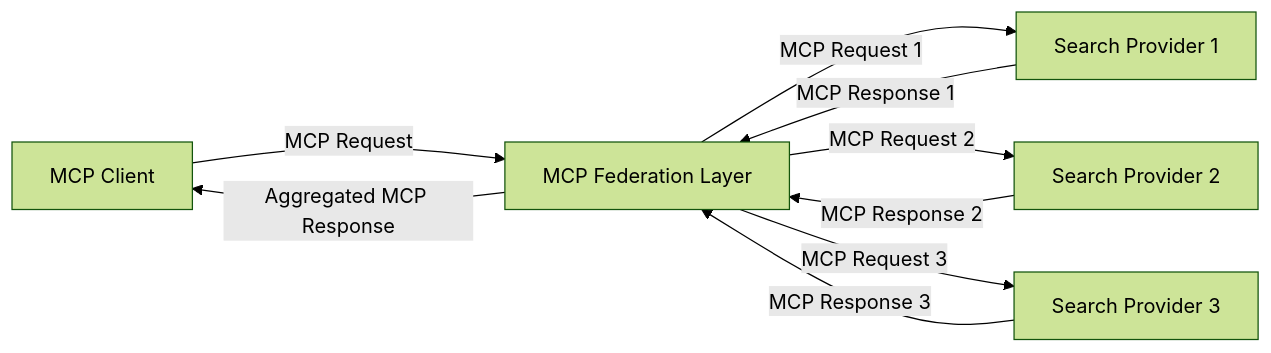
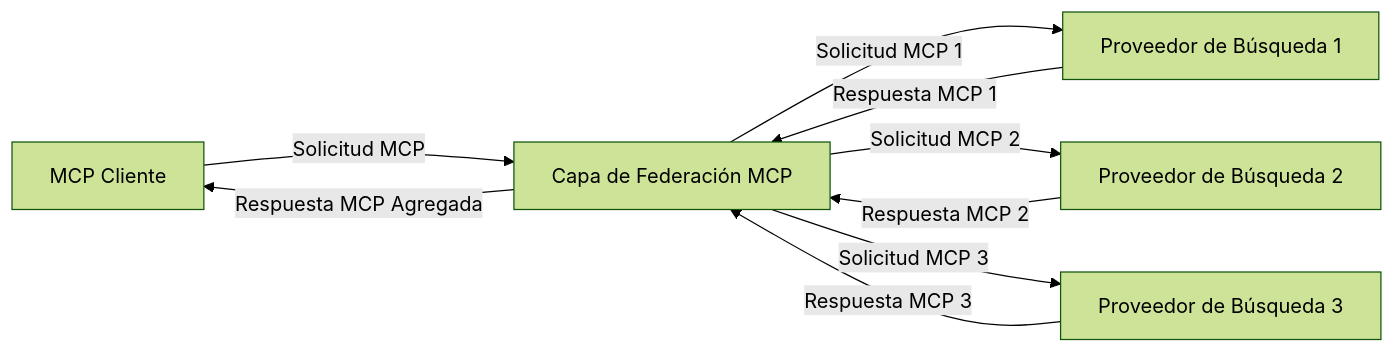
One commit to HIDORAKAI002/ai-workspace-archive changed the third of 4 diagrams in mcp_ecosystem__model_context_protocol/mcp_learning_resources/mcp-for-beginners/translations/es/05-AdvancedTopics/mcp-realtimesearch/README.md. Above: the diagram before and after it, drawn with Mermaid (forest theme). The commit also changed other lines of this file and 1539 other files, not shown here.

````diff
--- a/mcp_ecosystem__model_context_protocol/mcp_learning_resources/mcp-for-beginners/translations/es/05-AdvancedTopics/mcp-realtimesearch/README.md
+++ b/mcp_ecosystem__model_context_protocol/mcp_learning_resources/mcp-for-beginners/translations/es/05-AdvancedTopics/mcp-realtimesearch/README.md
@@ -49,11 +605,11 @@
 ```mermaid
 graph LR
-    Client[MCP Client] --> |MCP Request| Federation[MCP Federation Layer]
-    Federation --> |MCP Request 1| Search1[Search Provider 1]
-    Federation --> |MCP Request 2| Search2[Search Provider 2]
-    Federation --> |MCP Request 3| Search3[Search Provider 3]
-    Search1 --> |MCP Response 1| Federation
-    Search2 --> |MCP Response 2| Federation
-    Search3 --> |MCP Response 3| Federation
-    Federation --> |Aggregated MCP Response| Client
+    Client[MCP Cliente] --> |Solicitud MCP| Federation[Capa de Federación MCP]
+    Federation --> |Solicitud MCP 1| Search1[Proveedor de Búsqueda 1]
+    Federation --> |Solicitud MCP 2| Search2[Proveedor de Búsqueda 2]
+    Federation --> |Solicitud MCP 3| Search3[Proveedor de Búsqueda 3]
+    Search1 --> |Respuesta MCP 1| Federation
+    Search2 --> |Respuesta MCP 2| Federation
+    Search3 --> |Respuesta MCP 3| Federation
+    Federation --> |Respuesta MCP Agregada| Client
 ```
````
